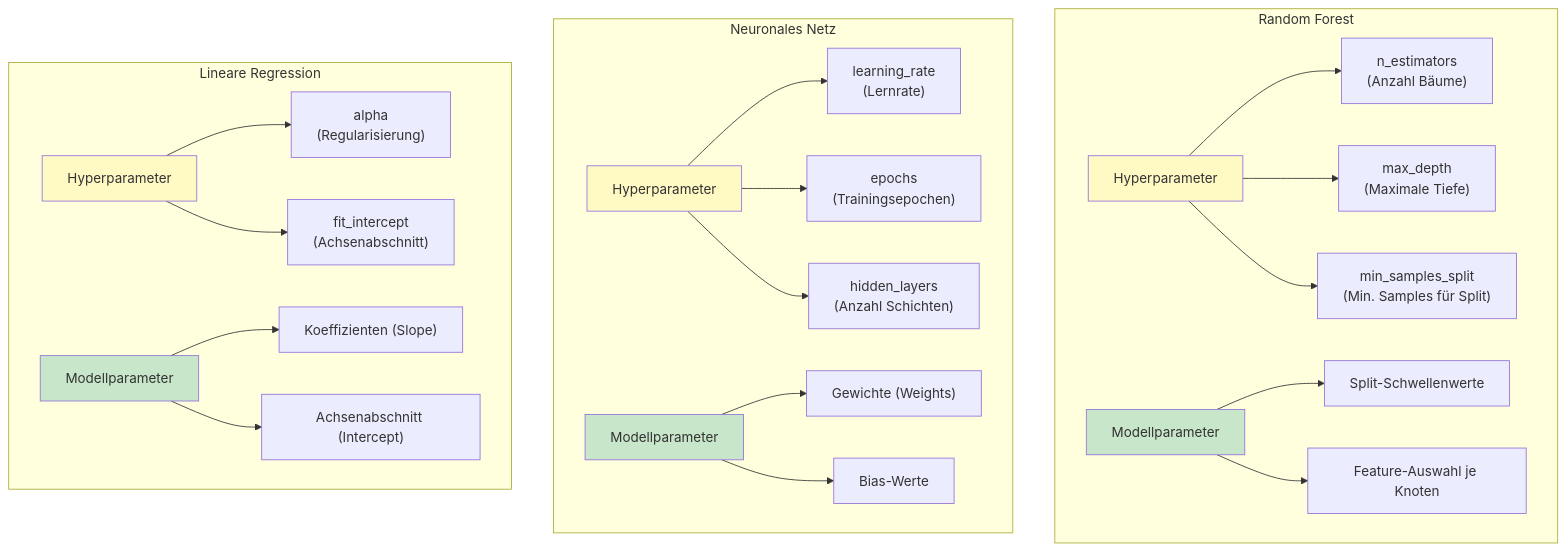
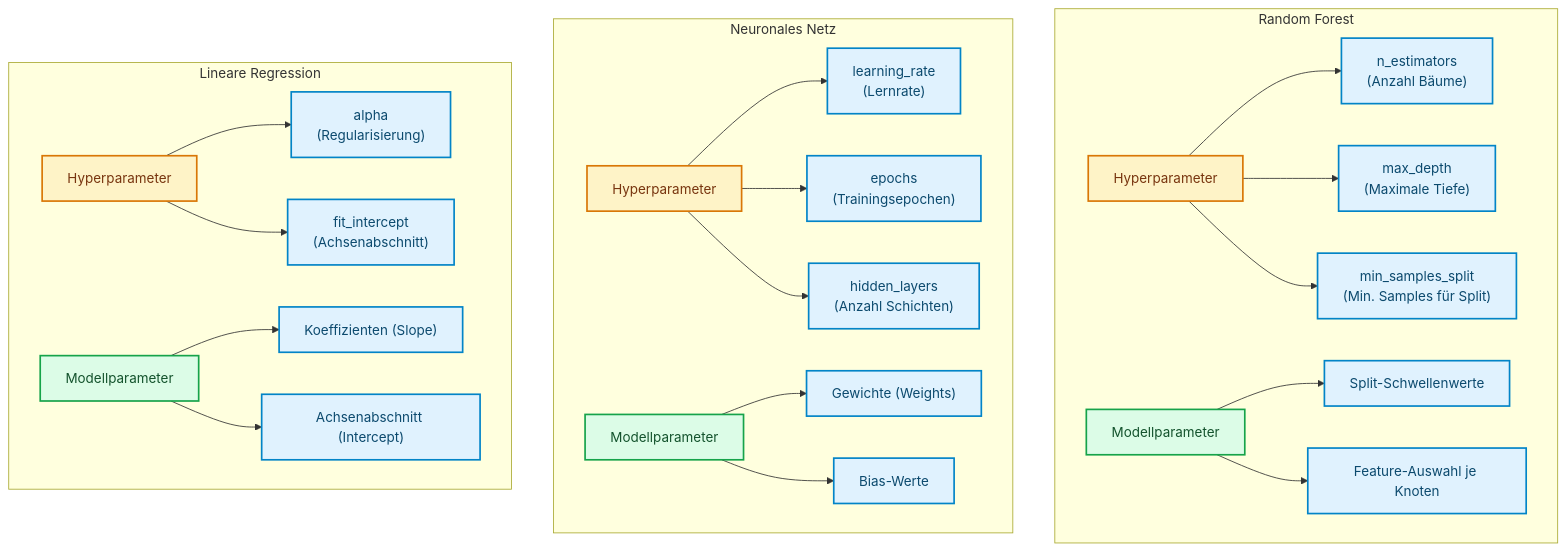
Before and after one commit to ralf-42/ML_Intro: the second of 12 diagrams in docs/concepts/evaluate/hyperparameter_tuning.md, drawn with Mermaid. The commit also changed other lines of this file and 67 other files, not shown here.

````diff
--- a/docs/concepts/evaluate/hyperparameter_tuning.md
+++ b/docs/concepts/evaluate/hyperparameter_tuning.md
@@ -74,41 +77,40 @@
 ```mermaid
 flowchart TB
     subgraph rf["Random Forest"]
         RF_HP["Hyperparameter"]
         RF_HP --> RF1["n_estimators<br/>(Anzahl Bäume)"]
         RF_HP --> RF2["max_depth<br/>(Maximale Tiefe)"]
         RF_HP --> RF3["min_samples_split<br/>(Min. Samples für Split)"]
         
         RF_MP["Modellparameter"]
         RF_MP --> RF4["Split-Schwellenwerte"]
         RF_MP --> RF5["Feature-Auswahl je Knoten"]
     end
     
     subgraph nn["Neuronales Netz"]
         NN_HP["Hyperparameter"]
         NN_HP --> NN1["learning_rate<br/>(Lernrate)"]
         NN_HP --> NN2["epochs<br/>(Trainingsepochen)"]
         NN_HP --> NN3["hidden_layers<br/>(Anzahl Schichten)"]
         
         NN_MP["Modellparameter"]
         NN_MP --> NN4["Gewichte (Weights)"]
         NN_MP --> NN5["Bias-Werte"]
     end
     
     subgraph lr["Lineare Regression"]
         LR_HP["Hyperparameter"]
         LR_HP --> LR1["alpha<br/>(Regularisierung)"]
         LR_HP --> LR2["fit_intercept<br/>(Achsenabschnitt)"]
         
         LR_MP["Modellparameter"]
         LR_MP --> LR3["Koeffizienten (Slope)"]
         LR_MP --> LR4["Achsenabschnitt (Intercept)"]
     end
-    
-    style RF_HP fill:#fff9c4
-    style NN_HP fill:#fff9c4
-    style LR_HP fill:#fff9c4
-    style RF_MP fill:#c8e6c9
-    style NN_MP fill:#c8e6c9
-    style LR_MP fill:#c8e6c9
+
+    classDef default fill:#e0f2fe,stroke:#0284c7,stroke-width:2px,color:#0c4a6e;
+    classDef metric fill:#fef3c7,stroke:#d97706,stroke-width:2px,color:#78350f;
+    classDef output fill:#dcfce7,stroke:#16a34a,stroke-width:2px,color:#14532d;
+    class RF_HP,NN_HP,LR_HP metric;
+    class RF_MP,NN_MP,LR_MP output;
 ```
````
